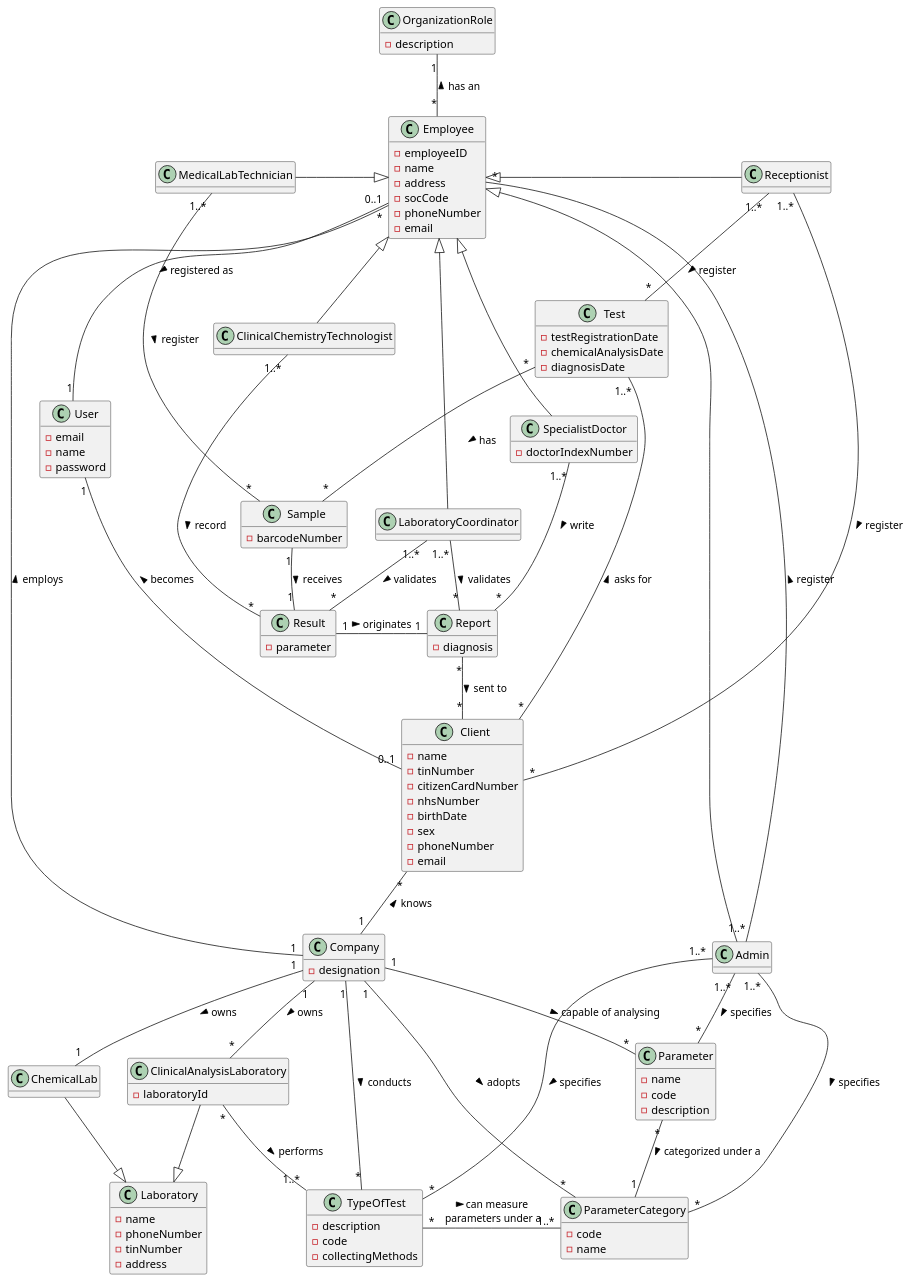
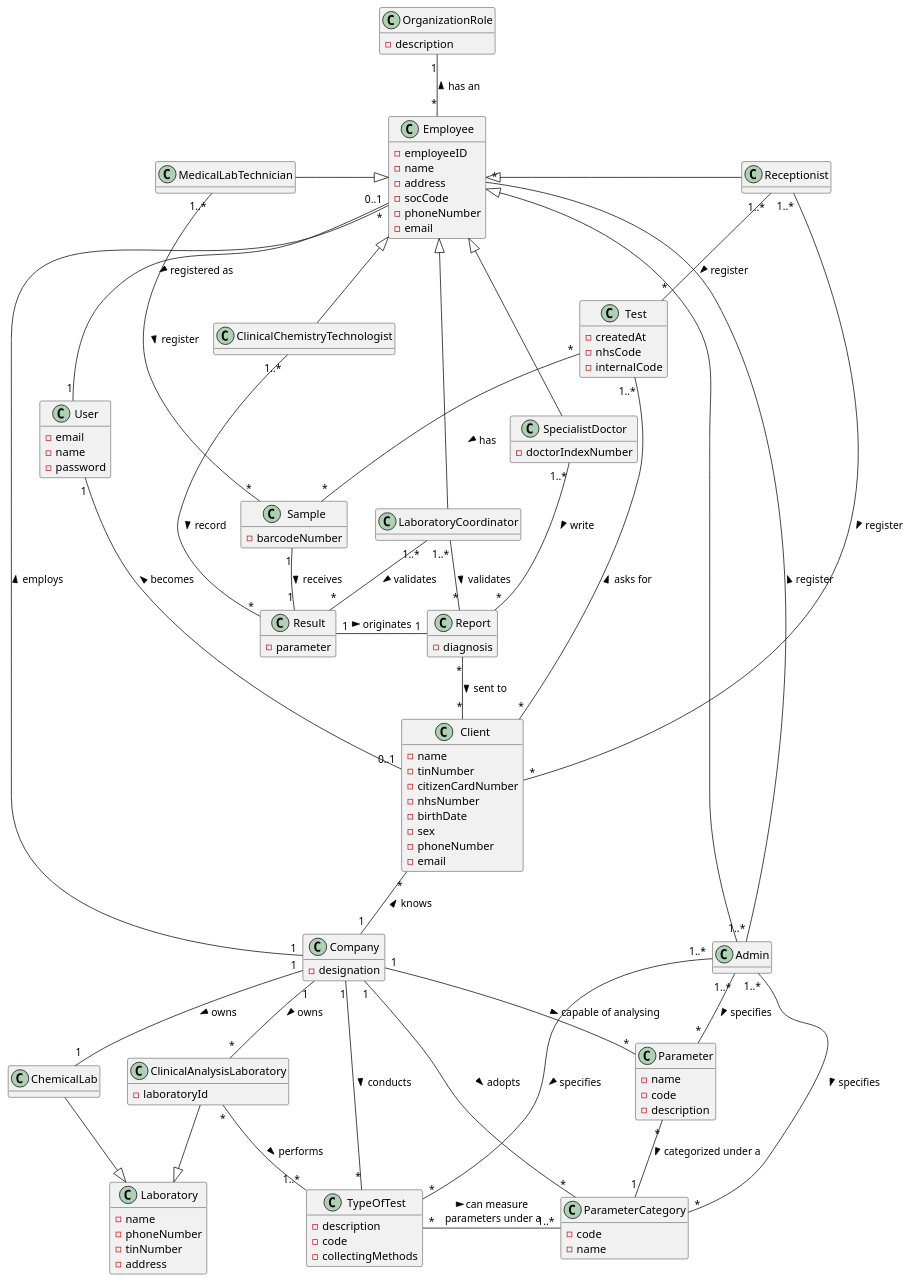
Before and after one commit to GuilhermeCunha79/lapr2: the diagram in docs/SprintC/DM Diagram.puml, drawn with PlantUML. The commit also changed 57 other files, not shown here.

Commit message:
[US-9] Great Improvements to the US-9 documentation diagrams and code [US-8] Great Improvements to the US-8 documentation and diagrams [API] Added all 3 APIs needed for US5 & US12

```diff
--- a/docs/SprintC/DM Diagram.puml
+++ b/docs/SprintC/DM Diagram.puml
@@ -1,136 +1,136 @@
 @startuml
 
 hide methods
 
 
 class Company{
  -designation
 }
 
 class Client{
  -name
  -tinNumber
  -citizenCardNumber
  -nhsNumber
  -birthDate
  -sex
  -phoneNumber
  -email
 }
 
 class Employee{
  -employeeID
  -name
  -address
  -socCode
  -phoneNumber
  -email
 }
 
 class Report{
  -diagnosis
 }
 
 class Result{
  -parameter
 }
 
 class Parameter{
  -name
  -code
  -description
 }
 
 class ParameterCategory{
  -code
  -name
 }
 
 class TypeOfTest{
  -description
  -code
  -collectingMethods
 }
 
 class Laboratory{
  -name
  -phoneNumber
  -tinNumber
  -address
 }
 
 class ClinicalAnalysisLaboratory {
  -laboratoryId
 }
 
 class SpecialistDoctor {
  -doctorIndexNumber
 }
 
 class Sample {
  -barcodeNumber
 }
 
 class Test {
- -testRegistrationDate
- -chemicalAnalysisDate
- -diagnosisDate
+ -createdAt
+ -nhsCode
+ -internalCode
 }
 
 class ChemicalLab {
 }
 
 class User {
  -email
  -name
  -password
 }
 
 class OrganizationRole {
  -description
 }
 
 Company"1" -up- "*"Client : "> knows"
 Company"1" -left- "*"Employee : "> employs"
 Company"1" -- "1"ChemicalLab : "> owns"
 Employee <|-- SpecialistDoctor
 ChemicalLab --|> Laboratory
 ClinicalAnalysisLaboratory -|> Laboratory
 Employee"0..1" -- "1"User : "> registered as"
 TypeOfTest"*" -right- "1..*"ParameterCategory : "> can measure \n parameters under a"
 Parameter"*" -- "1"ParameterCategory : "> categorized under a"
 Employee"*" -up- "1"OrganizationRole : "> has an"
 Company"1" -- "*"ClinicalAnalysisLaboratory : "> owns"
 ClinicalAnalysisLaboratory"*" -- "1..*"TypeOfTest : "> performs"
 Company"1" - "*"TypeOfTest : "> conducts"
 Sample"1" -- "1"Result : "> receives"
 Result"1" - "1"Report : "> originates"
 Report"*" -- "*"Client : "> sent to"
 Client"0..1" -up- "1"User : "> becomes"
 Employee <|-- Admin
 Admin"1..*" -- "*"ParameterCategory : "> specifies"
 Company"1" -- "*"ParameterCategory : "> adopts"
 Admin"1..*" -- "*"TypeOfTest : "> specifies"
 Admin"1..*" -- "*"Parameter : "> specifies"
 Admin"1..*" -- "*"Employee : "> register"
 Employee <|- Receptionist
 Receptionist"1..*" -- "*"Test : "> register"
 Receptionist"1..*" -- "*"Client : "> register"
 
 Test"*" -- "*"Sample : "> has"
 
 Client"*" -left- "1..*"Test : "> asks for"
 
 Employee <|-left- MedicalLabTechnician
 MedicalLabTechnician"1..*" -- "*"Sample : "> register"
 
 Employee <|-- ClinicalChemistryTechnologist
 ClinicalChemistryTechnologist"1..*" -- "*"Result : "> record"
 
 SpecialistDoctor"1..*" -- "*"Report : "> write"
 Company"1" -- "*"Parameter : "> capable of analysing"
 Employee <|- LaboratoryCoordinator
 LaboratoryCoordinator"1..*" -- "*"Report : "> validates"
 LaboratoryCoordinator"1..*" -- "*"Result : "> validates"
 
 @enduml
```
